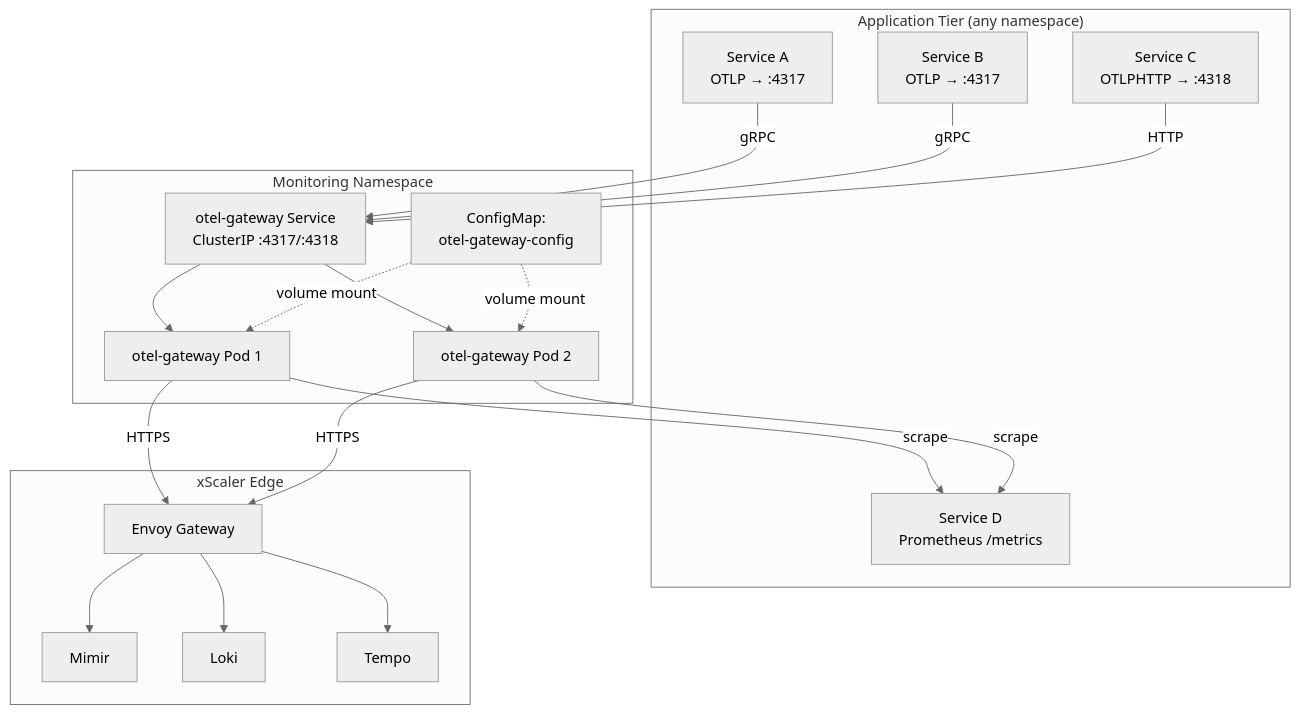
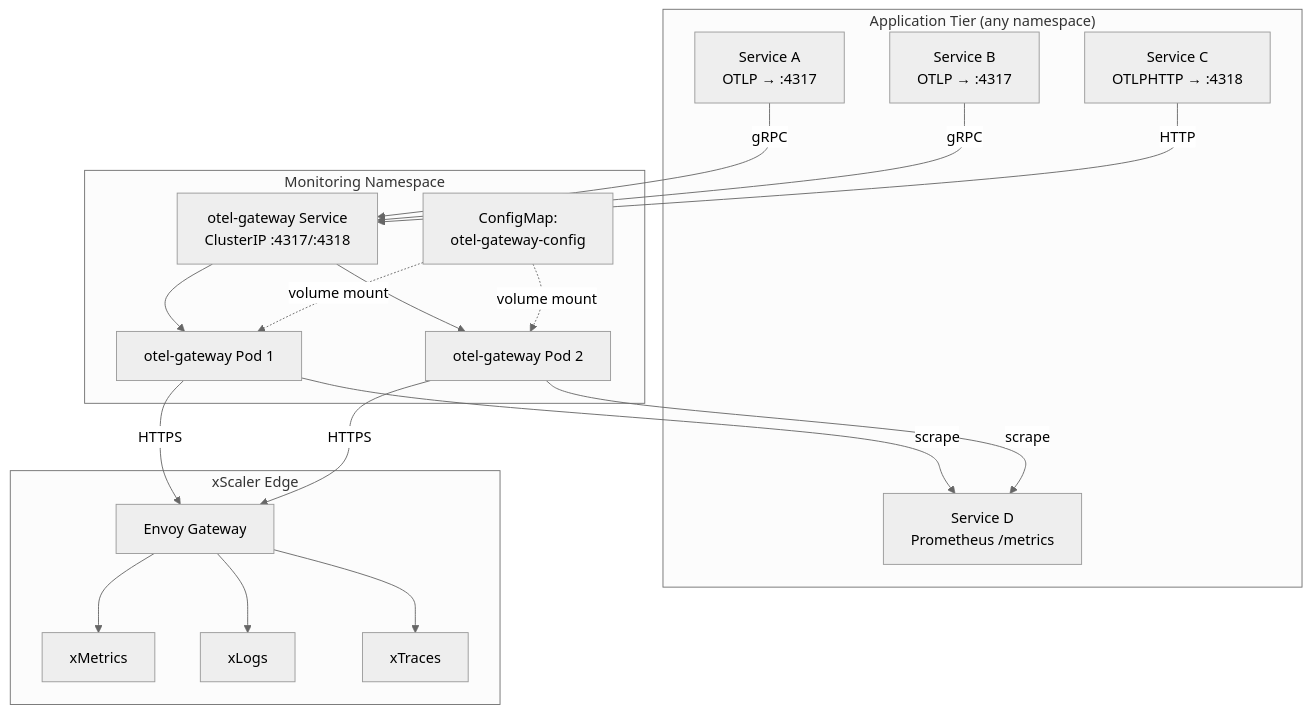
The diagram in docs/architecture/gateway-mode.md (xscaler/training), drawn with Mermaid (neutral theme) before and after one commit. The commit also changed 29 other files, not shown here.

````diff
--- a/docs/architecture/gateway-mode.md
+++ b/docs/architecture/gateway-mode.md
@@ -7,32 +7,32 @@
 ```mermaid
 graph TB
     subgraph "Application Tier (any namespace)"
         A1[Service A\nOTLP → :4317]
         A2[Service B\nOTLP → :4317]
         A3[Service C\nOTLPHTTP → :4318]
         A4[Service D\nPrometheus /metrics]
     end
 
     subgraph "Monitoring Namespace"
         SVC[otel-gateway Service\nClusterIP :4317/:4318]
         GW1[otel-gateway Pod 1]
         GW2[otel-gateway Pod 2]
         CM[ConfigMap:\notel-gateway-config]
     end
 
     subgraph "xScaler Edge"
         EN[Envoy Gateway]
-        MI[Mimir]
-        LO[Loki]
-        TE[Tempo]
+        MI[xMetrics]
+        LO[xLogs]
+        TE[xTraces]
     end
 
     A1 & A2 -->|gRPC| SVC
     A3 -->|HTTP| SVC
     SVC --> GW1 & GW2
     GW1 -->|scrape| A4
     GW2 -->|scrape| A4
     CM -.->|volume mount| GW1 & GW2
     GW1 & GW2 -->|HTTPS| EN
     EN --> MI & LO & TE
 ```
````
